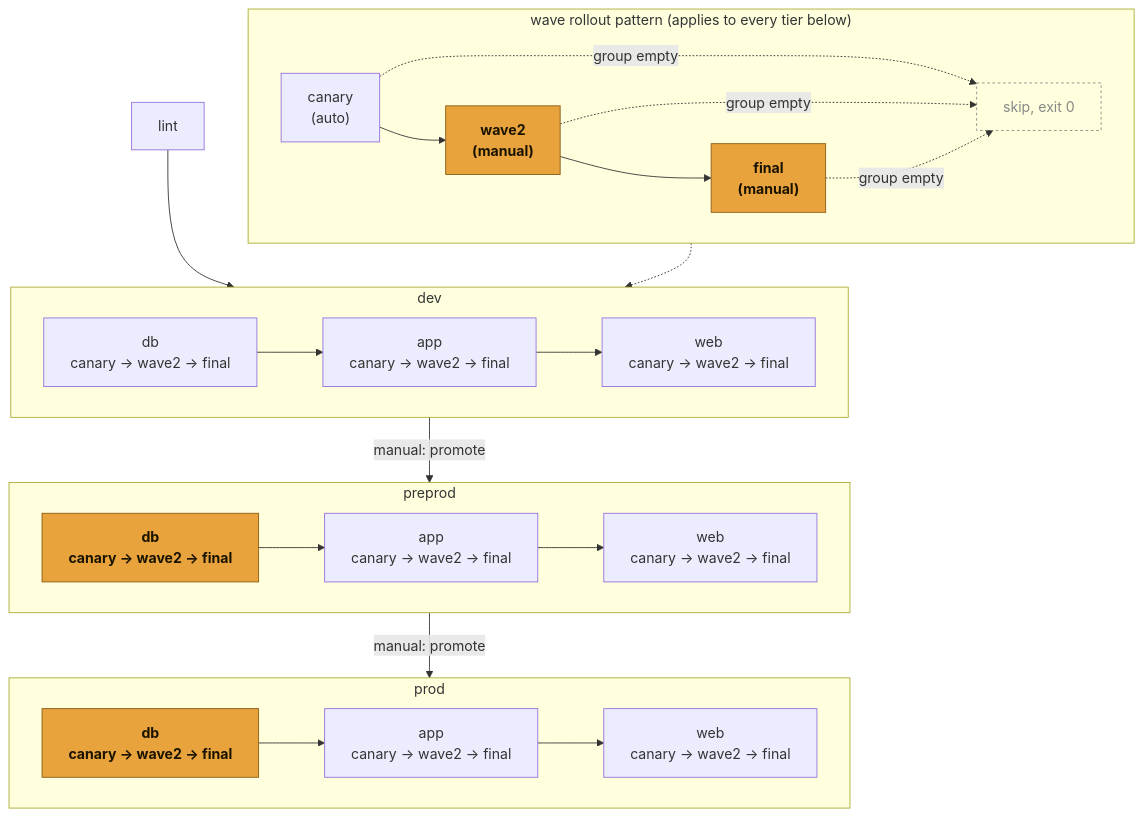
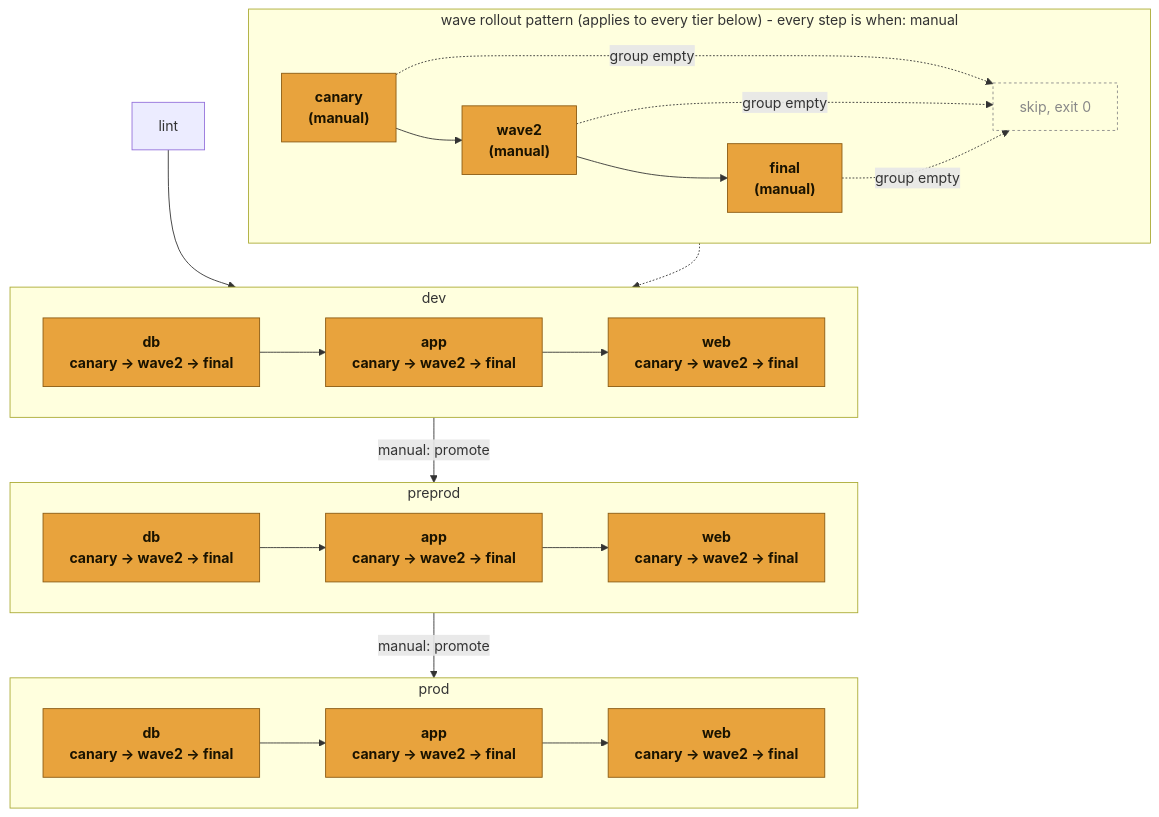
One commit to troydam/gitLab-roc changed the diagram in docs/pipeline.md. Above: the diagram before and after it, drawn with Mermaid. The commit also changed 3 other files, not shown here.

First line of the commit message:
Require manual approval on every tier's canary, not just db

````diff
--- a/docs/pipeline.md
+++ b/docs/pipeline.md
@@ -5,36 +5,36 @@
 ```mermaid
 flowchart TD
-    subgraph WAVE["wave rollout pattern (applies to every tier below)"]
+    subgraph WAVE["wave rollout pattern (applies to every tier below) - every step is when: manual"]
         direction LR
-        w_canary["canary\n(auto)"] --> w_wave2["wave2\n(manual)"] --> w_final["final\n(manual)"]
+        w_canary["canary\n(manual)"] --> w_wave2["wave2\n(manual)"] --> w_final["final\n(manual)"]
         w_canary -.->|"group empty"| w_skip["skip, exit 0"]
         w_wave2 -.->|"group empty"| w_skip
         w_final -.->|"group empty"| w_skip
     end
 
     lint["lint"] --> DEV
 
     subgraph DEV["dev"]
         direction LR
         devdb["db\ncanary → wave2 → final"] --> devapp["app\ncanary → wave2 → final"] --> devweb["web\ncanary → wave2 → final"]
     end
 
     subgraph PREPROD["preprod"]
         direction LR
         ppdb["db\ncanary → wave2 → final"] --> ppapp["app\ncanary → wave2 → final"] --> ppweb["web\ncanary → wave2 → final"]
     end
 
     subgraph PROD["prod"]
         direction LR
         prdb["db\ncanary → wave2 → final"] --> prapp["app\ncanary → wave2 → final"] --> prweb["web\ncanary → wave2 → final"]
     end
 
     WAVE -.-> DEV
     devweb -->|"manual: promote"| ppdb
     ppweb -->|"manual: promote"| prdb
 
     classDef gate fill:#e8a33d,stroke:#8a5a12,color:#1a1300,font-weight:bold;
     classDef skip fill:none,stroke:#888,color:#888,stroke-dasharray: 3 3;
-    class w_wave2,w_final,ppdb,prdb gate
+    class w_canary,w_wave2,w_final,devdb,devapp,devweb,ppdb,ppapp,ppweb,prdb,prapp,prweb gate
     class w_skip skip
 ```
````
